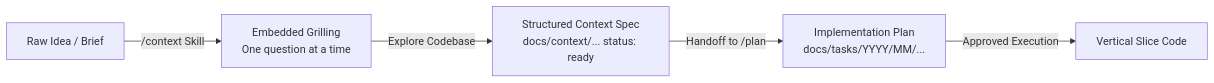
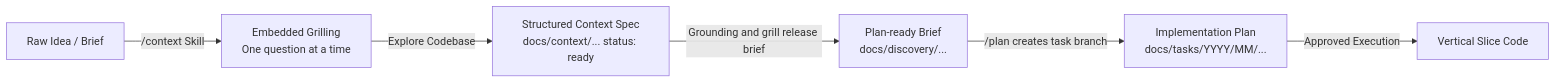
One commit to markromolecule/context-factory changed the diagram in skills/productivity/context/SKILL.md. Above: the diagram before and after it, drawn with Mermaid. The commit also changed other lines of this file and 35 other files, not shown here.

First line of the commit message:
feat(workflow)!: use one branch for planned tasks

````diff
--- a/skills/productivity/context/SKILL.md
+++ b/skills/productivity/context/SKILL.md
@@ -22,7 +22,8 @@
 ```mermaid
 graph LR
     A[Raw Idea / Brief] -->|/context Skill| B[Embedded Grilling<br/>One question at a time]
     B -->|Explore Codebase| C[Structured Context Spec<br/>docs/context/... status: ready]
-    C -->|Handoff to /plan| D[Implementation Plan<br/>docs/tasks/YYYY/MM/...]
-    D -->|Approved Execution| E[Vertical Slice Code]
+    C -->|Grounding and grill release brief| D[Plan-ready Brief<br/>docs/discovery/...]
+    D -->|/plan creates task branch| E[Implementation Plan<br/>docs/tasks/YYYY/MM/...]
+    E -->|Approved Execution| F[Vertical Slice Code]
 ```
````
